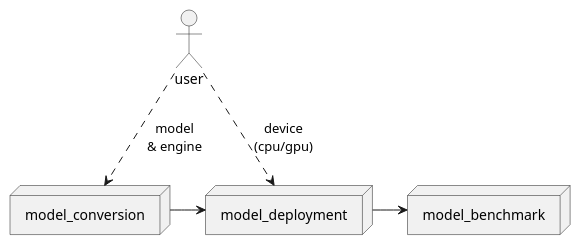
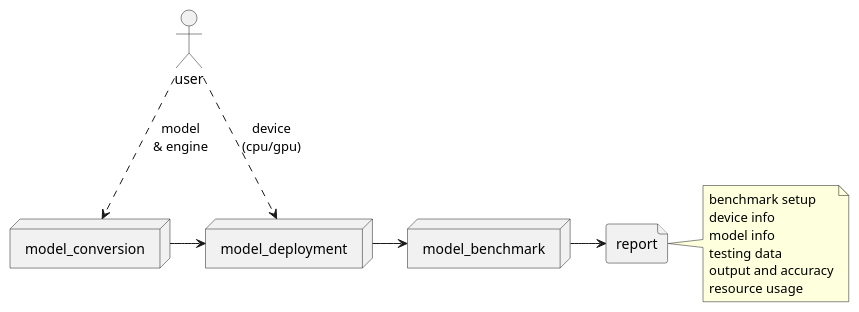
The diagram in media/pipeline.md (Jason-cs18/e2e-detection), drawn with PlantUML before and after one commit. The commit also changed 2 other files, not shown here.

```diff
--- a/media/pipeline.md
+++ b/media/pipeline.md
@@ -1,11 +1,21 @@
 @startuml
 actor user
 node model_conversion
 node model_deployment
 node model_benchmark
+file report
+note right of report
+benchmark setup
+device info
+model info
+testing data
+output and accuracy
+resource usage
+end note
 
 user -[dashed]-> model_conversion: model\n& engine
 user -[dashed]-> model_deployment: device\n(cpu/gpu)
 model_conversion -> model_deployment
 model_deployment -> model_benchmark
+model_benchmark -> report
 @enduml
```
